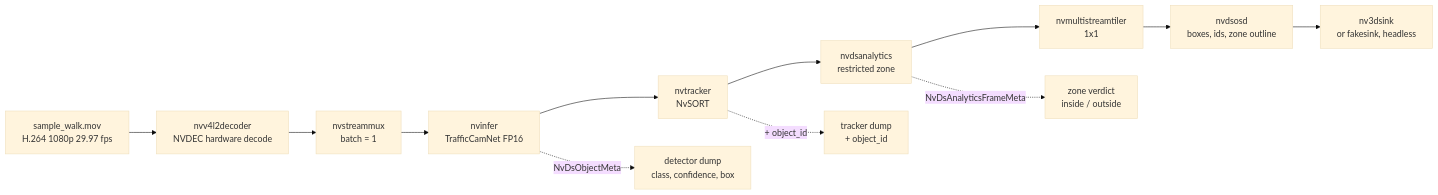
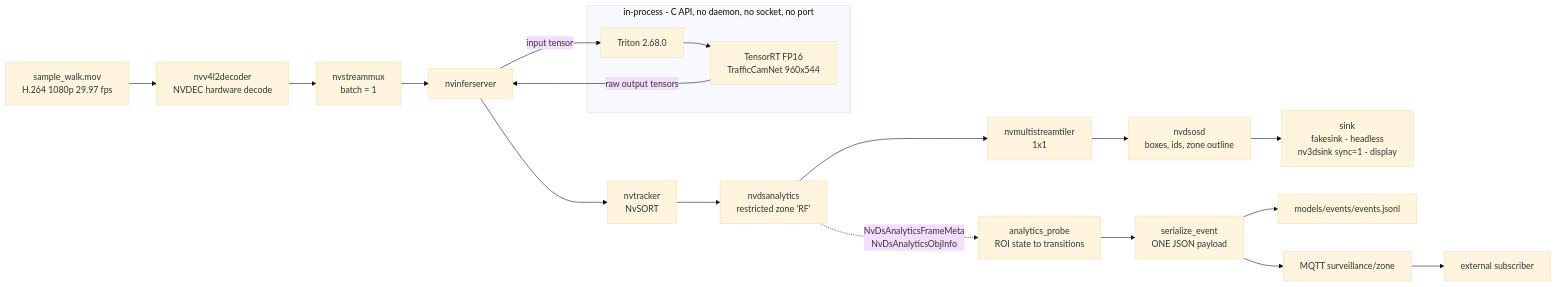
Before and after one commit to Matan-Vinkler/video-surveillance-with-deepstream: the diagram in README.md, drawn with Mermaid (base theme). The commit also changed other lines of this file and 10 other files, not shown here.

````diff
--- a/README.md
+++ b/README.md
@@ -22,20 +27,29 @@
 ```mermaid
 flowchart LR
     A["sample_walk.mov<br/>H.264 1080p 29.97 fps"]
     B["nvv4l2decoder<br/>NVDEC hardware decode"]
     C["nvstreammux<br/>batch = 1"]
-    D["nvinfer<br/>TrafficCamNet FP16"]
-    E["nvtracker<br/>NvSORT"]
-    F["nvdsanalytics<br/>restricted zone"]
-    G["nvmultistreamtiler<br/>1x1"]
-    H["nvdsosd<br/>boxes, ids, zone outline"]
-    I["nv3dsink<br/>or fakesink, headless"]
-    J["detector dump<br/>class, confidence, box"]
-    K["tracker dump<br/>+ object_id"]
-    L["zone verdict<br/>inside / outside"]
+    D["nvinferserver"]
+    G["nvtracker<br/>NvSORT"]
+    H["nvdsanalytics<br/>restricted zone 'RF'"]
+    I["nvmultistreamtiler<br/>1x1"]
+    J["nvdsosd<br/>boxes, ids, zone outline"]
+    K["sink<br/>fakesink - headless<br/>nv3dsink sync=1 - display"]
 
-    A --> B --> C --> D --> E --> F --> G --> H --> I
-    D -. "NvDsObjectMeta" .-> J
-    E -. "+ object_id" .-> K
-    F -. "NvDsAnalyticsFrameMeta" .-> L
+    subgraph serving["in-process - C API, no daemon, no socket, no port"]
+        E["Triton 2.68.0"]
+        F["TensorRT FP16<br/>TrafficCamNet 960x544"]
+        E --> F
+    end
+
+    A --> B --> C --> D
+    D -->|"input tensor"| E
+    F -->|"raw output tensors"| D
+    D --> G --> H --> I --> J --> K
+
+    H -. "NvDsAnalyticsFrameMeta<br/>NvDsAnalyticsObjInfo" .-> P["analytics_probe<br/>ROI state to transitions"]
+    P --> S["serialize_event<br/>ONE JSON payload"]
+    S --> L["models/events/events.jsonl"]
+    S --> M["MQTT surveillance/zone"]
+    M --> N["external subscriber"]
 ```
````
